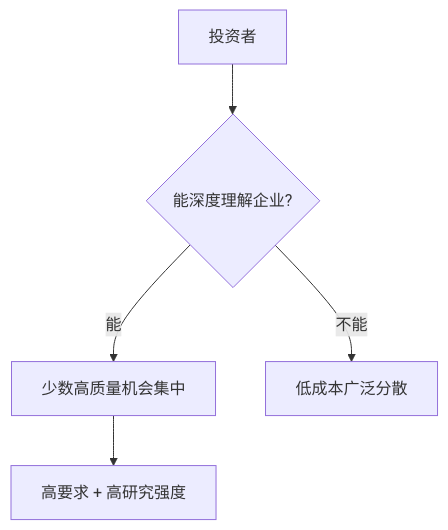
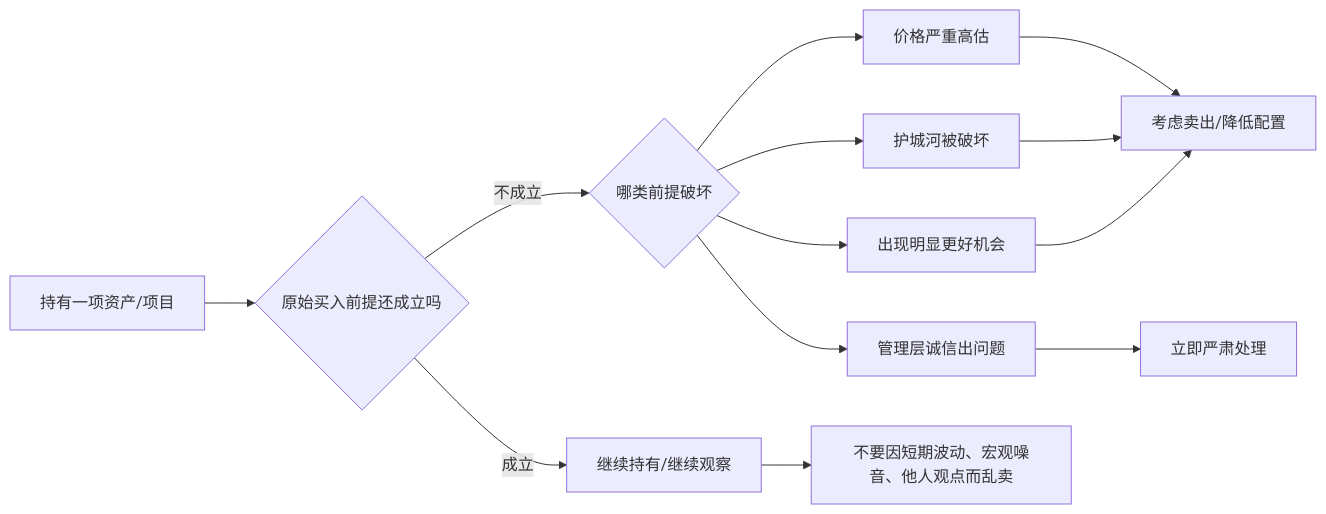
The diagram in 202605/20260519_17.md (digoal/blog), drawn with Mermaid before and after one commit. The commit also changed other lines of this file and 51 other files, not shown here.

````diff
--- a/202605/20260519_17.md
+++ b/202605/20260519_17.md
@@ -22,7 +24,15 @@
 ```mermaid
-flowchart TD
-  A["投资者"] --> B{"能深度理解企业?"}
-  B -- "能" --> C["少数高质量机会集中"]
-  B -- "不能" --> D["低成本广泛分散"]
-  C --> E["高要求 + 高研究强度"]
+flowchart LR
+  A["持有一项资产/项目"] --> B{"原始买入前提还成立吗"}
+  B -- "成立" --> C["继续持有/继续观察"]
+  B -- "不成立" --> D{"哪类前提破坏"}
+  D --> E["价格严重高估"]
+  D --> F["护城河被破坏"]
+  D --> G["管理层诚信出问题"]
+  D --> H["出现明显更好机会"]
+  E --> I["考虑卖出/降低配置"]
+  F --> I
+  G --> J["立即严肃处理"]
+  H --> I
+  C --> K["不要因短期波动、宏观噪音、他人观点而乱卖"]
 ```
````
